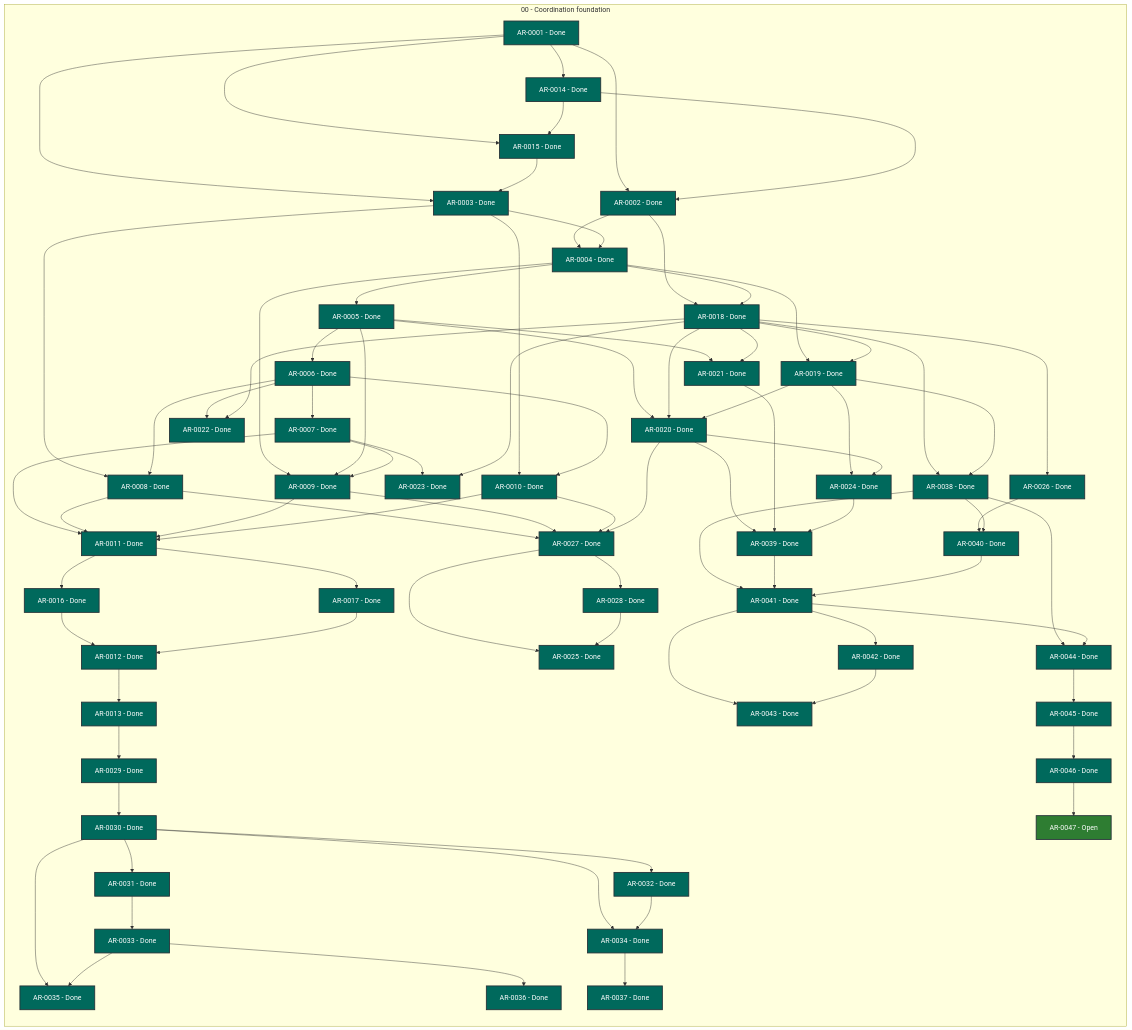
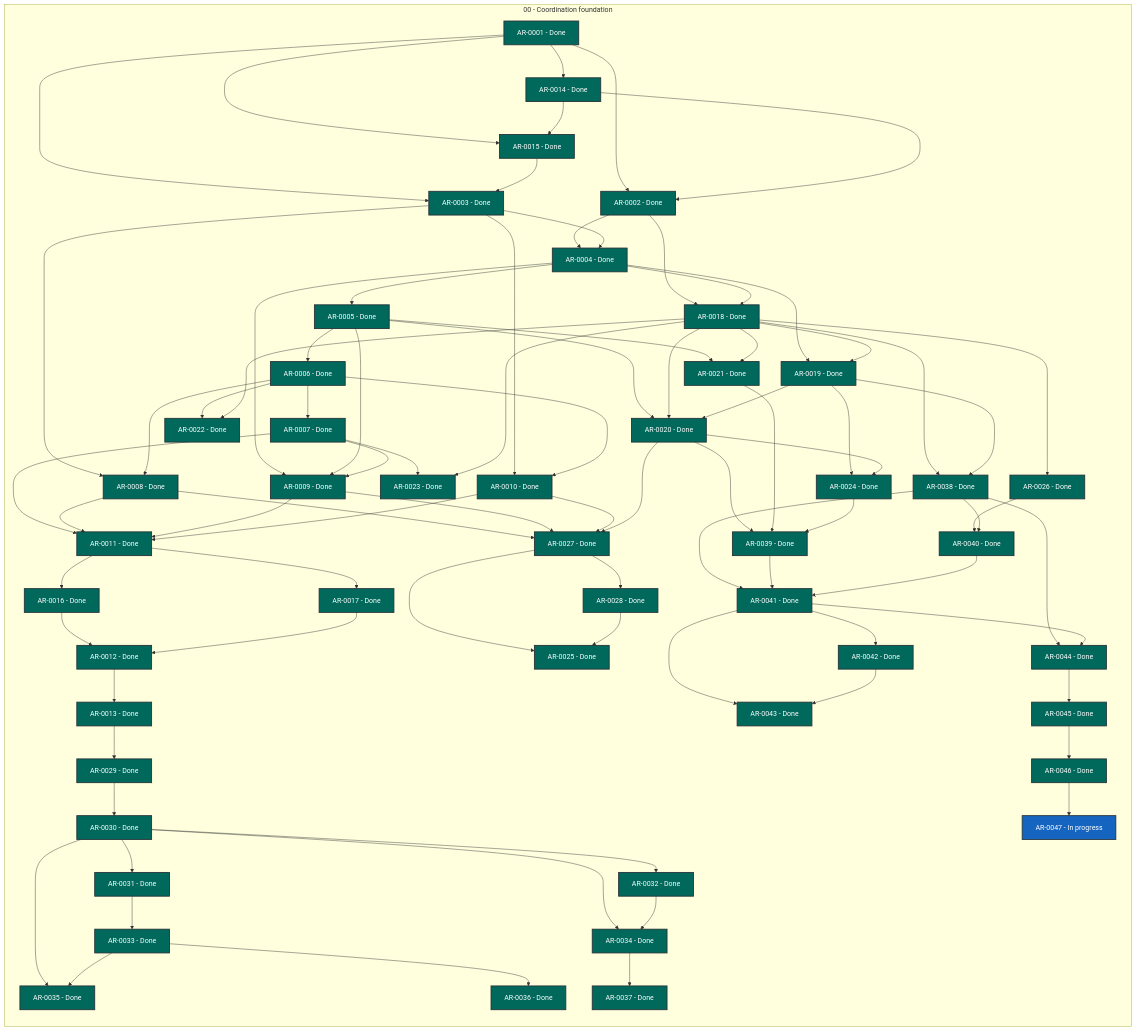
Before and after one commit to martin-beck/agent-workflow-tui-state: the diagram in STATUS.md, drawn with Mermaid. The commit also changed other lines of this file and 2 other files, not shown here.

```diff
--- a/STATUS.md
+++ b/STATUS.md
@@ -74,7 +74,7 @@
         AR_0044["AR-0044 - Done"]:::status_done
         AR_0045["AR-0045 - Done"]:::status_done
         AR_0046["AR-0046 - Done"]:::status_done
-        AR_0047["AR-0047 - Open"]:::status_open
+        AR_0047["AR-0047 - In progress"]:::status_in_progress
     end
     AR_0001 --> AR_0002
     AR_0001 --> AR_0003
```
